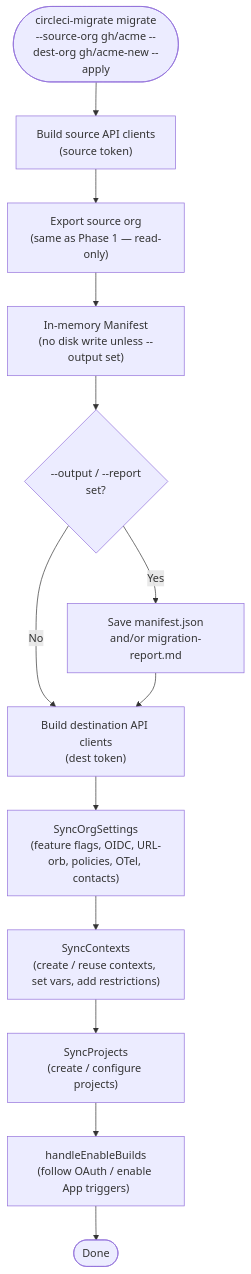
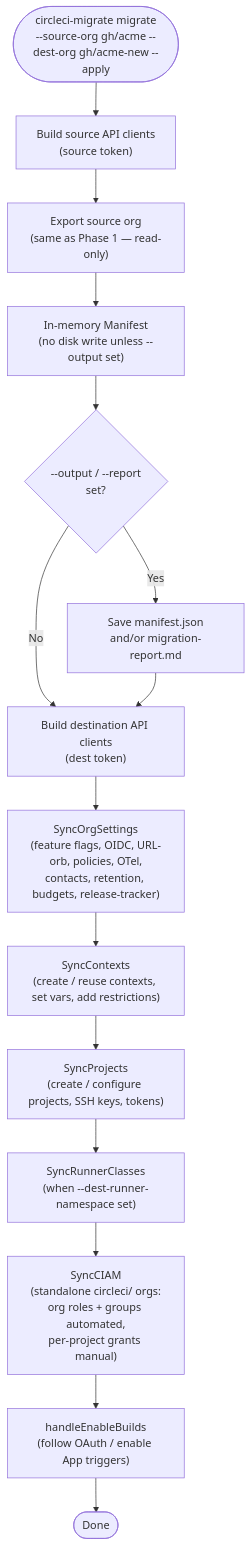
The second of 8 diagrams in docs/architecture.md (AwesomeCICD/circleci-org-migration-cli), drawn with Mermaid before and after one commit. The commit also changed other lines of this file and 2 other files, not shown here.

First line of the commit message:
docs: Phase 2 reference refresh — api-usage rewrite, architecture reframe, runbook (#186)

````diff
--- a/docs/architecture.md
+++ b/docs/architecture.md
@@ -101,19 +105,21 @@
 ```mermaid
 flowchart TD
     START(["circleci-migrate migrate<br/>--source-org gh/acme --dest-org gh/acme-new --apply"])
 
     START --> SRC_CLIENTS["Build source API clients<br/>(source token)"]
     SRC_CLIENTS --> EXPORT_STEP["Export source org<br/>(same as Phase 1 — read-only)"]
     EXPORT_STEP --> IN_MEM["In-memory Manifest<br/>(no disk write unless --output set)"]
     IN_MEM --> OPTWRITE{"--output / --report<br/>set?"}
     OPTWRITE -->|Yes| SAVE["Save manifest.json<br/>and/or migration-report.md"]
     OPTWRITE -->|No| DST_CLIENTS
     SAVE --> DST_CLIENTS
 
     DST_CLIENTS["Build destination API clients<br/>(dest token)"]
-    DST_CLIENTS --> SYNC_ORG["SyncOrgSettings<br/>(feature flags, OIDC, URL-orb, policies, OTel, contacts)"]
+    DST_CLIENTS --> SYNC_ORG["SyncOrgSettings<br/>(feature flags, OIDC, URL-orb, policies, OTel,<br/>contacts, retention, budgets, release-tracker)"]
     SYNC_ORG --> SYNC_CTX["SyncContexts<br/>(create / reuse contexts, set vars, add restrictions)"]
-    SYNC_CTX --> SYNC_PROJ["SyncProjects<br/>(create / configure projects)"]
-    SYNC_PROJ --> ENABLE["handleEnableBuilds<br/>(follow OAuth / enable App triggers)"]
+    SYNC_CTX --> SYNC_PROJ["SyncProjects<br/>(create / configure projects, SSH keys, tokens)"]
+    SYNC_PROJ --> SYNC_RUNNER["SyncRunnerClasses<br/>(when --dest-runner-namespace set)"]
+    SYNC_RUNNER --> SYNC_CIAM["SyncCIAM<br/>(standalone circleci/ orgs:<br/>org roles + groups automated,<br/>per-project grants manual)"]
+    SYNC_CIAM --> ENABLE["handleEnableBuilds<br/>(follow OAuth / enable App triggers)"]
     ENABLE --> END([Done])
 ```
````
